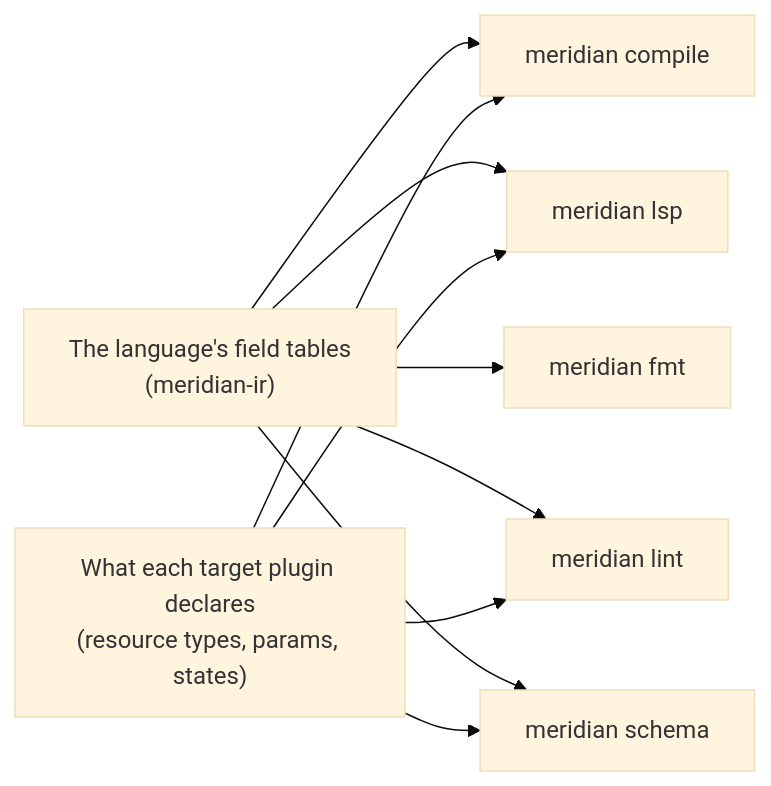
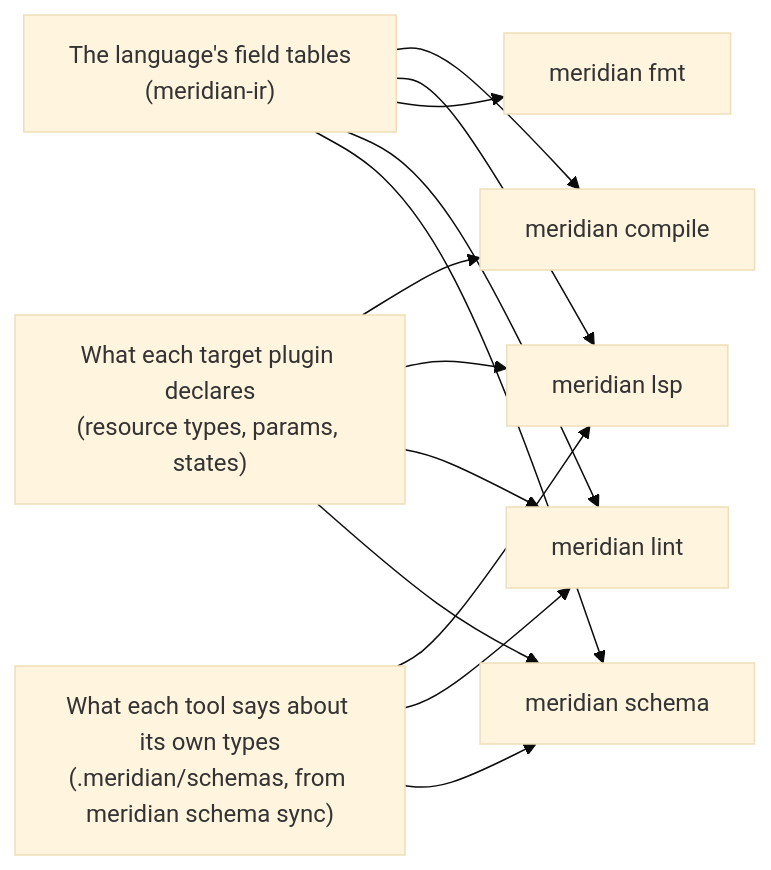
Before and after one commit to ZanattaMichael/meridian-core: the diagram in docs/tooling/index.md, drawn with Mermaid (base theme). The commit also changed other lines of this file and 73 other files, not shown here.

First line of the commit message:
Cache each tool's own schemas for editor completion and checking

````diff
--- a/docs/tooling/index.md
+++ b/docs/tooling/index.md
@@ -23,19 +24,23 @@
 ```mermaid
 flowchart LR
     tables["The language's field tables<br/>(meridian-ir)"]
     plugins["What each target plugin declares<br/>(resource types, params, states)"]
+    cache["What each tool says about its own types<br/>(.meridian/schemas, from meridian schema sync)"]
     compiler["meridian compile"]
     lsp["meridian lsp"]
     fmt["meridian fmt"]
     lint["meridian lint"]
     schema["meridian schema"]
     tables --> compiler
     tables --> lsp
     tables --> fmt
     tables --> lint
     tables --> schema
     plugins --> compiler
     plugins --> lsp
     plugins --> lint
     plugins --> schema
+    cache --> lsp
+    cache --> lint
+    cache --> schema
 ```
````
